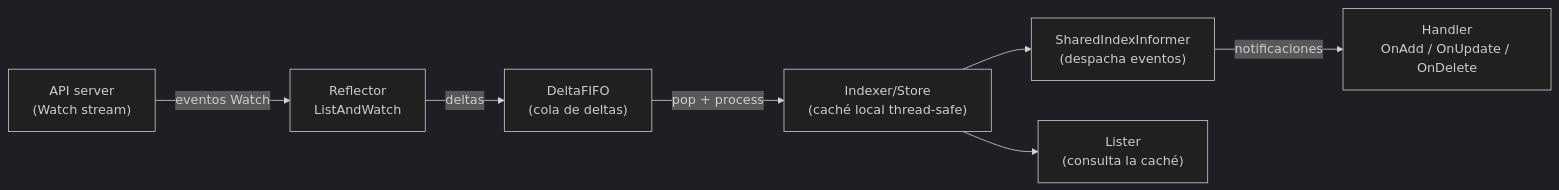
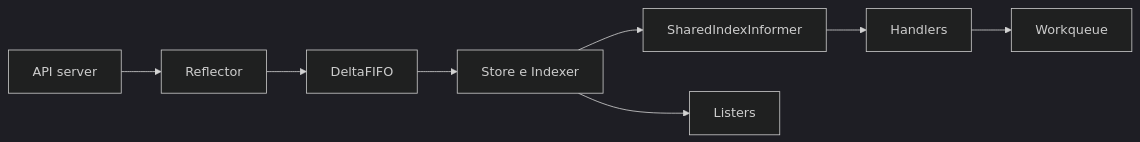
One commit to opensource-latinamerica/k8s-learn changed the diagram in docs/session01/week01/02-informers-listers.md. Above: the diagram before and after it, drawn with Mermaid (dark theme). The commit also changed other lines of this file and 32 other files, not shown here.

````diff
--- a/docs/session01/week01/02-informers-listers.md
+++ b/docs/session01/week01/02-informers-listers.md
@@ -61,17 +24,10 @@
 ```mermaid
 flowchart LR
-    A["API server\n(Watch stream)"]
-    B["Reflector\nListAndWatch"]
-    C["DeltaFIFO\n(cola de deltas)"]
-    D["Indexer/Store\n(caché local thread-safe)"]
-    E["SharedIndexInformer\n(despacha eventos)"]
-    F["Handler\nOnAdd / OnUpdate / OnDelete"]
-    G["Lister\n(consulta la caché)"]
-
-    A -->|"eventos Watch"| B
-    B -->|"deltas"| C
-    C -->|"pop + process"| D
-    D --> E
-    E -->|"notificaciones"| F
-    D --> G
+    A[API server] --> B[Reflector]
+    B --> C[DeltaFIFO]
+    C --> D[Store e Indexer]
+    D --> E[SharedIndexInformer]
+    E --> F[Handlers]
+    D --> G[Listers]
+    F --> H[Workqueue]
 ```
````
